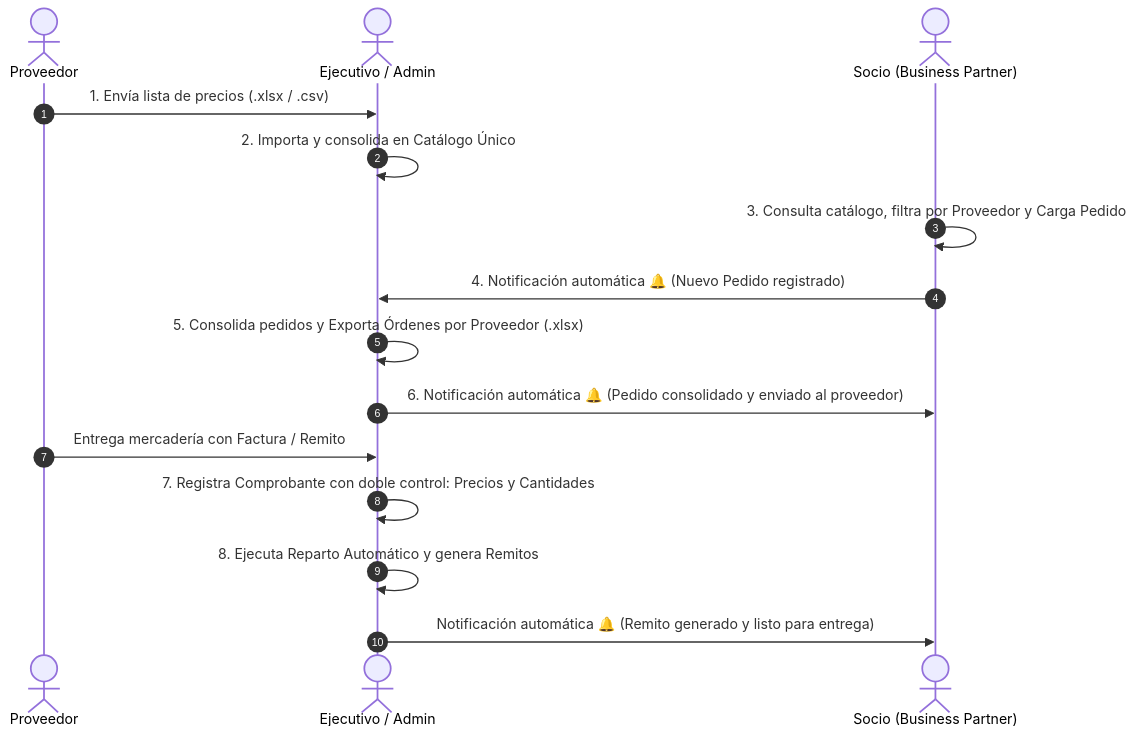
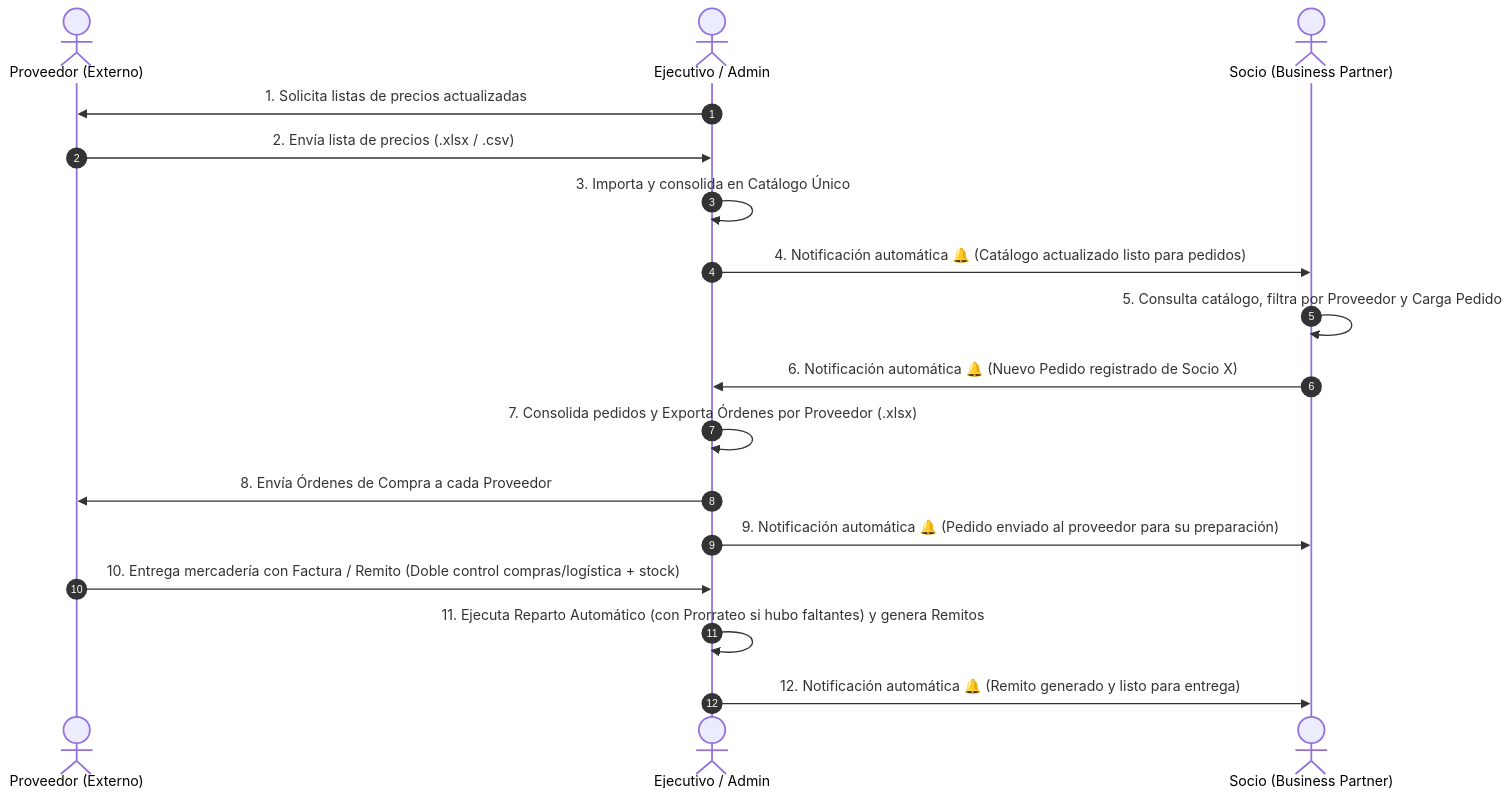
The diagram in WALKTHROUGH.md (benitezluciano/rosario-compras-sistema), drawn with Mermaid before and after one commit. The commit also changed other lines of this file and 17 other files, not shown here.

````diff
--- a/WALKTHROUGH.md
+++ b/WALKTHROUGH.md
@@ -15,18 +15,20 @@
 ```mermaid
 sequenceDiagram
     autonumber
-    actor Prov as Proveedor
+    actor Prov as Proveedor (Externo)
     actor Ejec as Ejecutivo / Admin
     actor Socio as Socio (Business Partner)
 
-    Prov->>Ejec: 1. Envía lista de precios (.xlsx / .csv)
-    Ejec->>Ejec: 2. Importa y consolida en Catálogo Único
-    Socio->>Socio: 3. Consulta catálogo, filtra por Proveedor y Carga Pedido
-    Socio->>Ejec: 4. Notificación automática 🔔 (Nuevo Pedido registrado)
-    Ejec->>Ejec: 5. Consolida pedidos y Exporta Órdenes por Proveedor (.xlsx)
-    Ejec->>Socio: 6. Notificación automática 🔔 (Pedido consolidado y enviado al proveedor)
-    Prov->>Ejec: Entrega mercadería con Factura / Remito
-    Ejec->>Ejec: 7. Registra Comprobante con doble control: Precios y Cantidades
-    Ejec->>Ejec: 8. Ejecuta Reparto Automático y genera Remitos
-    Ejec->>Socio: Notificación automática 🔔 (Remito generado y listo para entrega)
+    Ejec->>Prov: 1. Solicita listas de precios actualizadas
+    Prov->>Ejec: 2. Envía lista de precios (.xlsx / .csv)
+    Ejec->>Ejec: 3. Importa y consolida en Catálogo Único
+    Ejec->>Socio: 4. Notificación automática 🔔 (Catálogo actualizado listo para pedidos)
+    Socio->>Socio: 5. Consulta catálogo, filtra por Proveedor y Carga Pedido
+    Socio->>Ejec: 6. Notificación automática 🔔 (Nuevo Pedido registrado de Socio X)
+    Ejec->>Ejec: 7. Consolida pedidos y Exporta Órdenes por Proveedor (.xlsx)
+    Ejec->>Prov: 8. Envía Órdenes de Compra a cada Proveedor
+    Ejec->>Socio: 9. Notificación automática 🔔 (Pedido enviado al proveedor para su preparación)
+    Prov->>Ejec: 10. Entrega mercadería con Factura / Remito (Doble control compras/logística + stock)
+    Ejec->>Ejec: 11. Ejecuta Reparto Automático (con Prorrateo si hubo faltantes) y genera Remitos
+    Ejec->>Socio: 12. Notificación automática 🔔 (Remito generado y listo para entrega)
 ```
````
